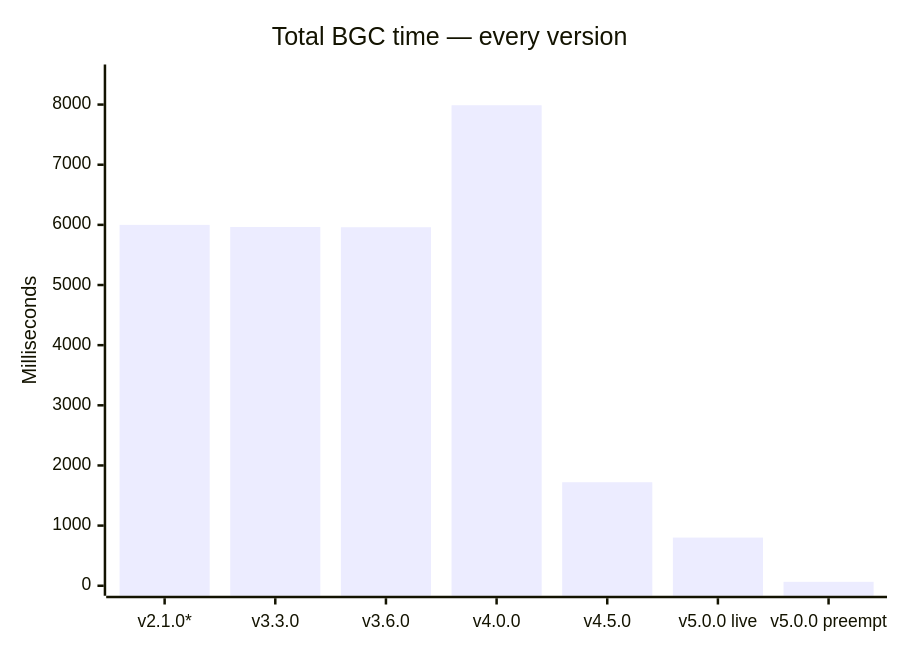
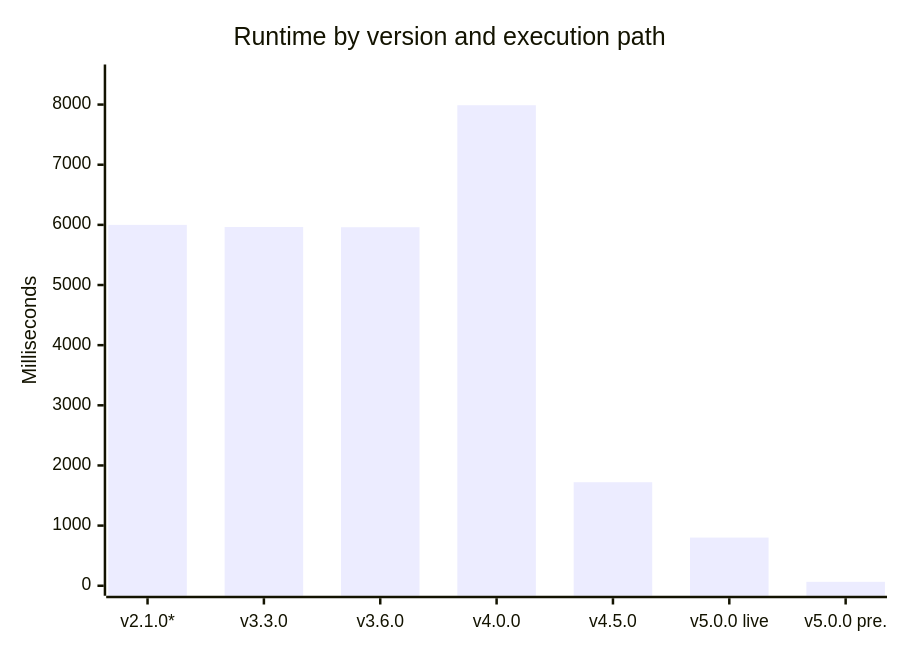
One commit to pizzarobloxh/bgc-bot changed the first of 11 diagrams in operating_documents.md. Above: the diagram before and after it, drawn with Mermaid. The commit also changed other lines of this file, not shown here.

````diff
--- a/operating_documents.md
+++ b/operating_documents.md
@@ -37,7 +35,7 @@
 ```mermaid
 xychart-beta
-    title "Total BGC time — every version"
-    x-axis ["v2.1.0*", "v3.3.0", "v3.6.0", "v4.0.0", "v4.5.0", "v5.0.0 live", "v5.0.0 preempt"]
+    title "Runtime by version and execution path"
+    x-axis ["v2.1.0*", "v3.3.0", "v3.6.0", "v4.0.0", "v4.5.0", "v5.0.0 live", "v5.0.0 pre."]
     y-axis "Milliseconds" 0 --> 8500
     bar [6000, 5965, 5961, 7989, 1721, 801, 65]
 ```
````
